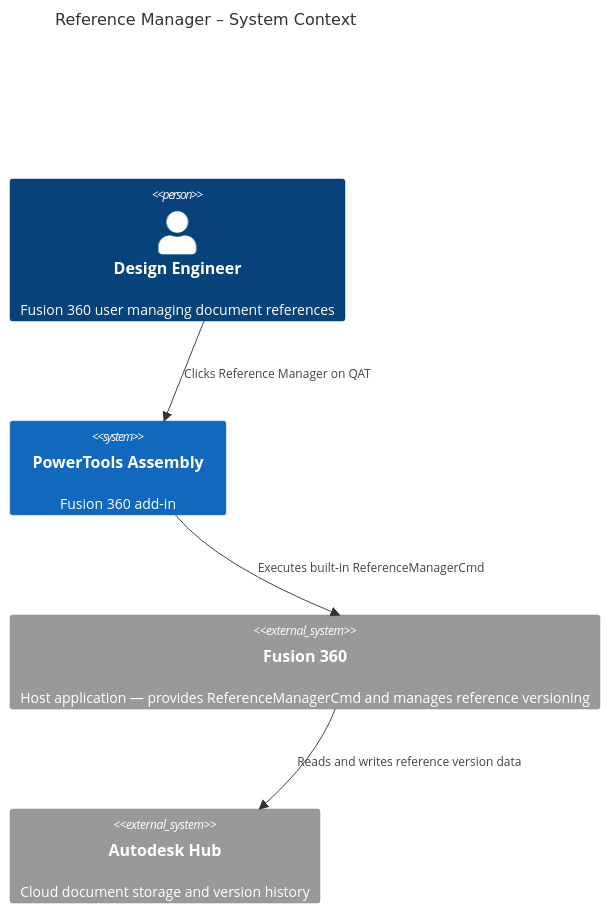
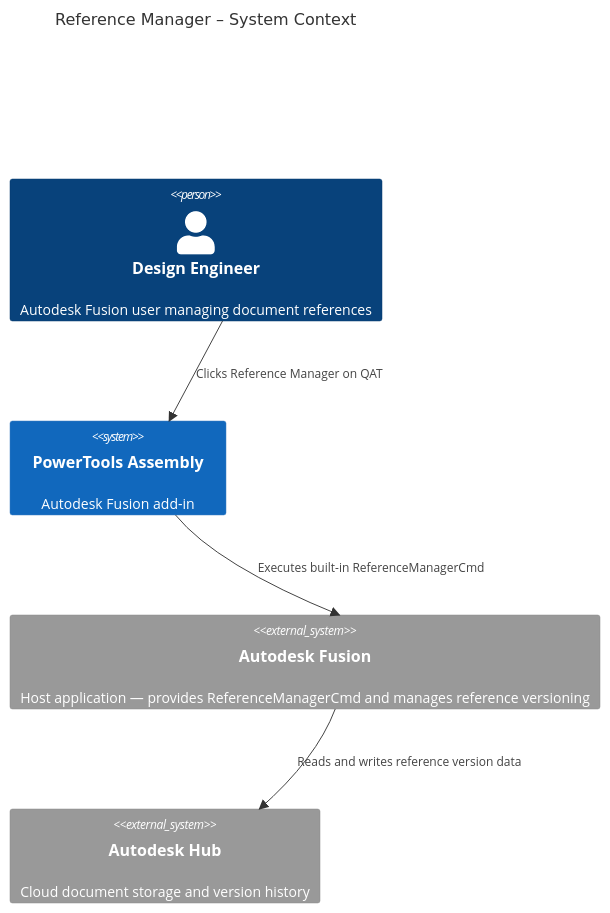
Before and after one commit to schneik80/PowerTools-Assembly: the first of 2 diagrams in docs/Reference Manager.md, drawn with Mermaid. The commit also changed other lines of this file and 9 other files, not shown here.

Commit message:
Update documentation to replace "Fusion 360" with "Autodesk Fusion" for consistency and clarity

````diff
--- a/docs/Reference Manager.md
+++ b/docs/Reference Manager.md
@@ -49,13 +49,13 @@
 ```mermaid
 C4Context
   title Reference Manager – System Context
 
-  Person(user, "Design Engineer", "Fusion 360 user managing document references")
-  System(addin, "PowerTools Assembly", "Fusion 360 add-in")
-  System_Ext(fusion, "Fusion 360", "Host application — provides ReferenceManagerCmd and manages reference versioning")
+  Person(user, "Design Engineer", "Autodesk Fusion user managing document references")
+  System(addin, "PowerTools Assembly", "Autodesk Fusion add-in")
+  System_Ext(fusion, "Autodesk Fusion", "Host application — provides ReferenceManagerCmd and manages reference versioning")
   System_Ext(hub, "Autodesk Hub", "Cloud document storage and version history")
 
   Rel(user, addin, "Clicks Reference Manager on QAT")
   Rel(addin, fusion, "Executes built-in ReferenceManagerCmd")
   Rel(fusion, hub, "Reads and writes reference version data")
 ```
````
